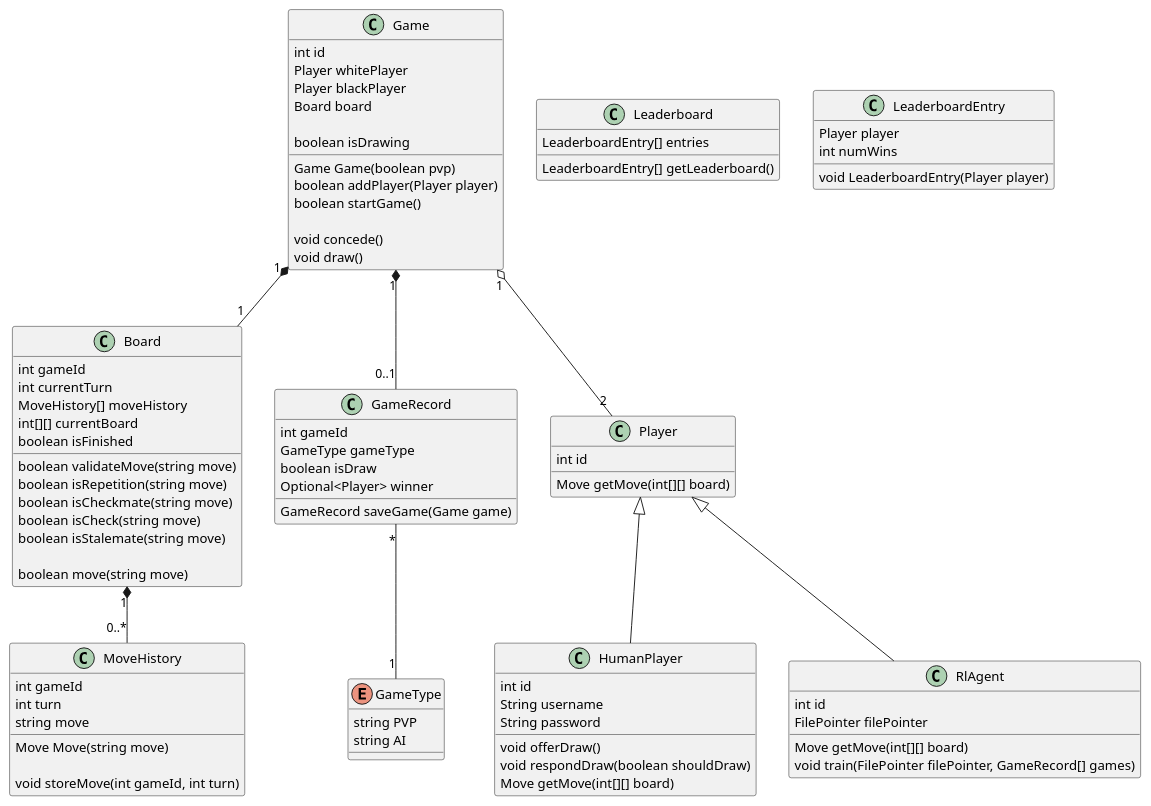
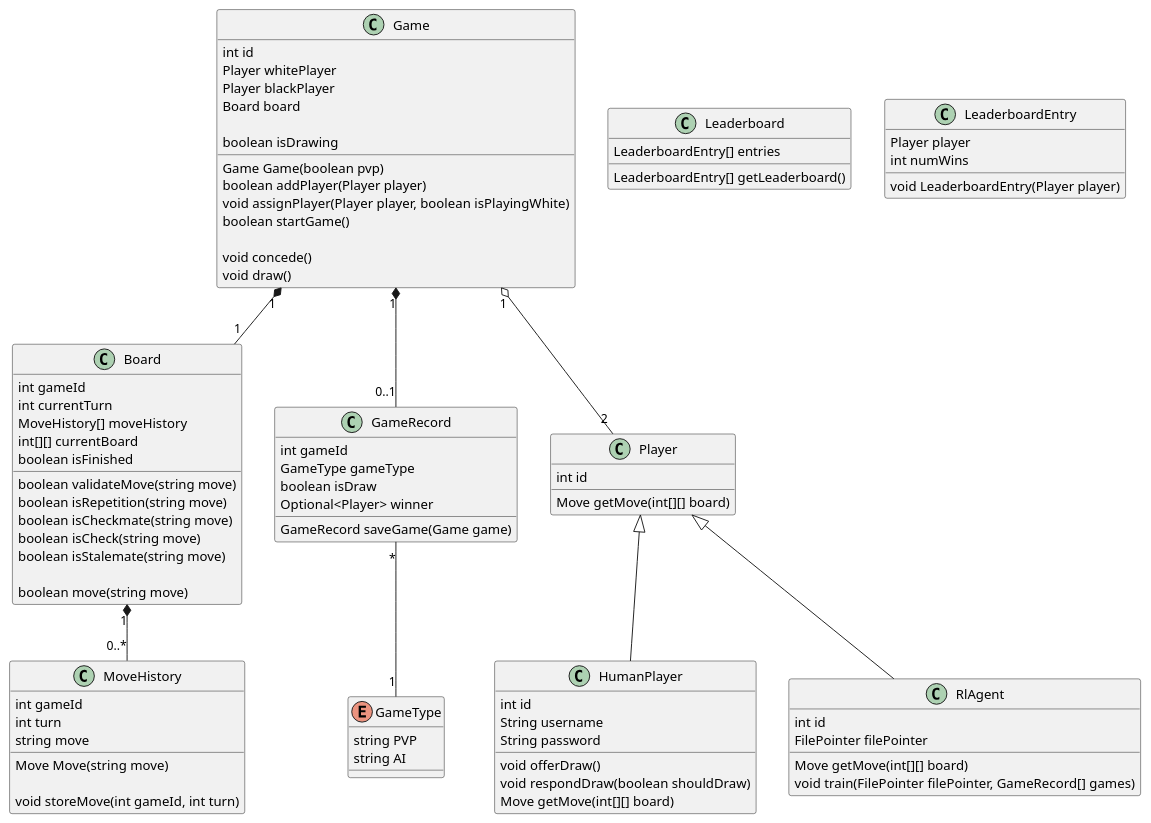
The diagram in docs/preliminary_design_diagrams/classdiagram.puml (ECE493-W22-G04/rl-chess), drawn with PlantUML before and after one commit. The commit also changed 1 other file, not shown here.

```diff
--- a/docs/preliminary_design_diagrams/classdiagram.puml
+++ b/docs/preliminary_design_diagrams/classdiagram.puml
@@ -1,109 +1,110 @@
 @startuml
 
 class Board {
   int gameId
   int currentTurn
   MoveHistory[] moveHistory
   int[][] currentBoard
   boolean isFinished
 
   boolean validateMove(string move)
   boolean isRepetition(string move)
   boolean isCheckmate(string move)
   boolean isCheck(string move)
   boolean isStalemate(string move)
 
   boolean move(string move)
 }
 
 class MoveHistory {
   int gameId
   int turn
   string move
 
   Move Move(string move)
 
   void storeMove(int gameId, int turn)
 }
 
 Board "1" *-- "0..*" MoveHistory
 
 class Game {
   int id
   Player whitePlayer
   Player blackPlayer
   Board board
   
   boolean isDrawing
 
   Game Game(boolean pvp)
   boolean addPlayer(Player player)
+  void assignPlayer(Player player, boolean isPlayingWhite)
   boolean startGame()
 
   void concede()
   void draw()
 }
 
 Game "1" *-- "1" Board
 
 class GameRecord {
   int gameId
   GameType gameType
   boolean isDraw
   Optional<Player> winner
   
   GameRecord saveGame(Game game)
 }
 
 enum GameType {
   string PVP
   string AI
 }
 
 GameRecord "*" -- "1" GameType
 
 class Player {
   int id
 
   Move getMove(int[][] board)
 }
 
 class HumanPlayer {
   int id
   String username
   String password
 
   void offerDraw()
   void respondDraw(boolean shouldDraw)
   Move getMove(int[][] board)
 }
 
 class RlAgent {
   int id
   FilePointer filePointer
 
   Move getMove(int[][] board)
   void train(FilePointer filePointer, GameRecord[] games)
 }
 
 Game "1" o-- "2" Player
 
 Player <|-- RlAgent
 Player <|-- HumanPlayer
 
 Game "1" *-- "0..1" GameRecord
 
 class Leaderboard {
   LeaderboardEntry[] entries
 
   LeaderboardEntry[] getLeaderboard()
 }
 
 class LeaderboardEntry {
   Player player
   int numWins
 
   void LeaderboardEntry(Player player)
 }
 
 @enduml
```
